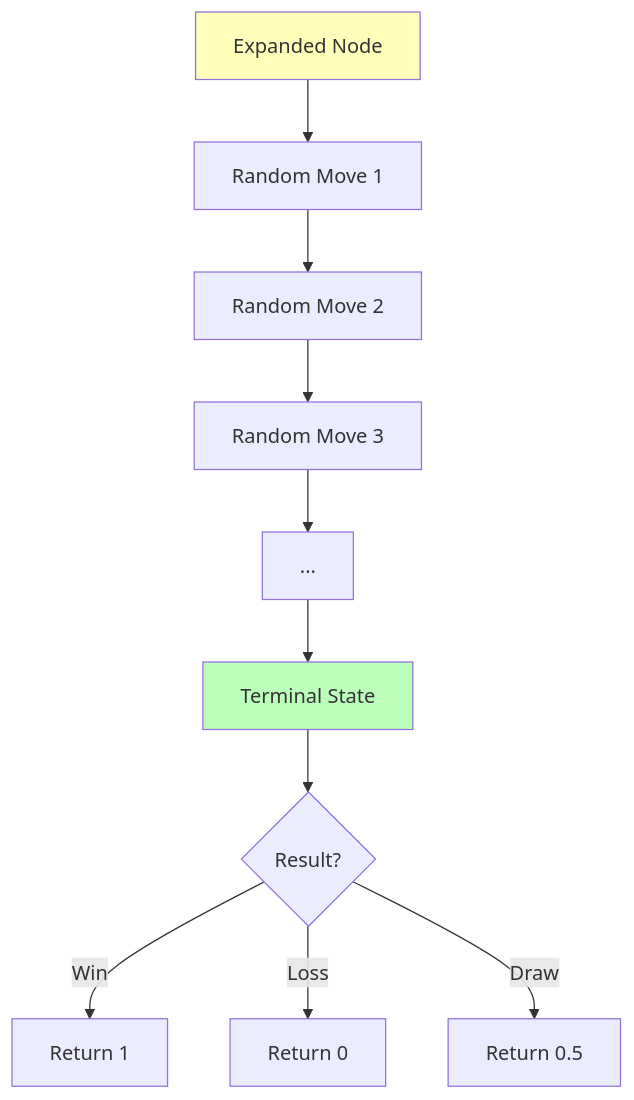
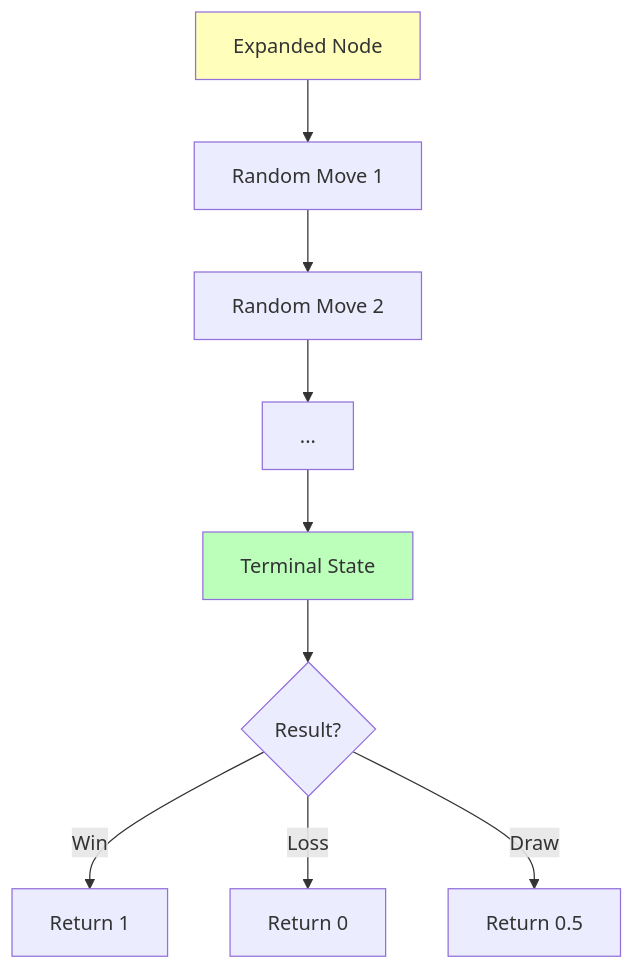
One commit to gameguild-gg/gameguild changed the fifth of 15 diagrams in apps/web/src/data/courses/ai4games2/05-mcts/00-reveal.md. Above: the diagram before and after it, drawn with Mermaid. The commit also changed other lines of this file and 4 other files, not shown here.

````diff
--- a/apps/web/src/data/courses/ai4games2/05-mcts/00-reveal.md
+++ b/apps/web/src/data/courses/ai4games2/05-mcts/00-reveal.md
@@ -214,15 +214,14 @@
 ```mermaid
 flowchart TD
     A["Expanded Node"] --> B["Random Move 1"]
     B --> C["Random Move 2"]
-    C --> D["Random Move 3"]
-    D --> E["..."]
+    C --> E["..."]
     E --> F["Terminal State"]
     F --> G{"Result?"}
     G -->|Win| H["Return 1"]
     G -->|Loss| I["Return 0"]
     G -->|Draw| J["Return 0.5"]
 
     style A fill:#ffb
     style F fill:#bfb
 ```
````
